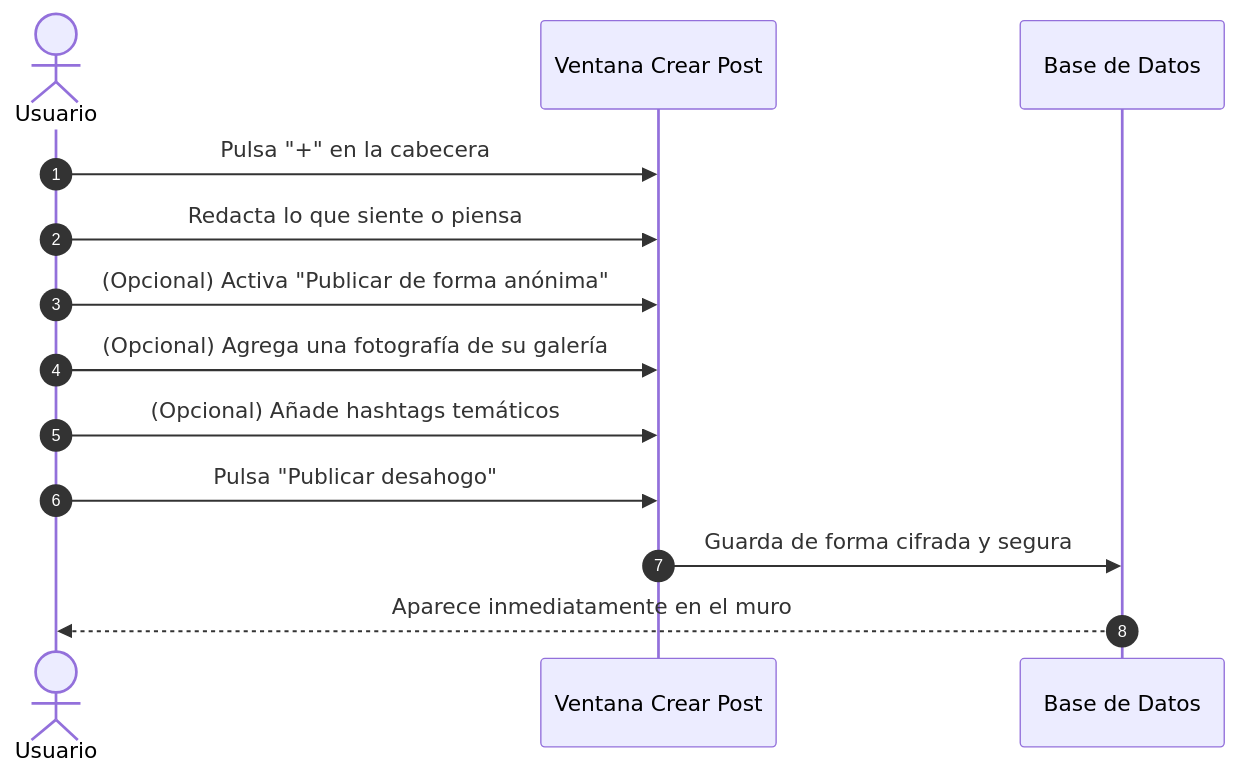
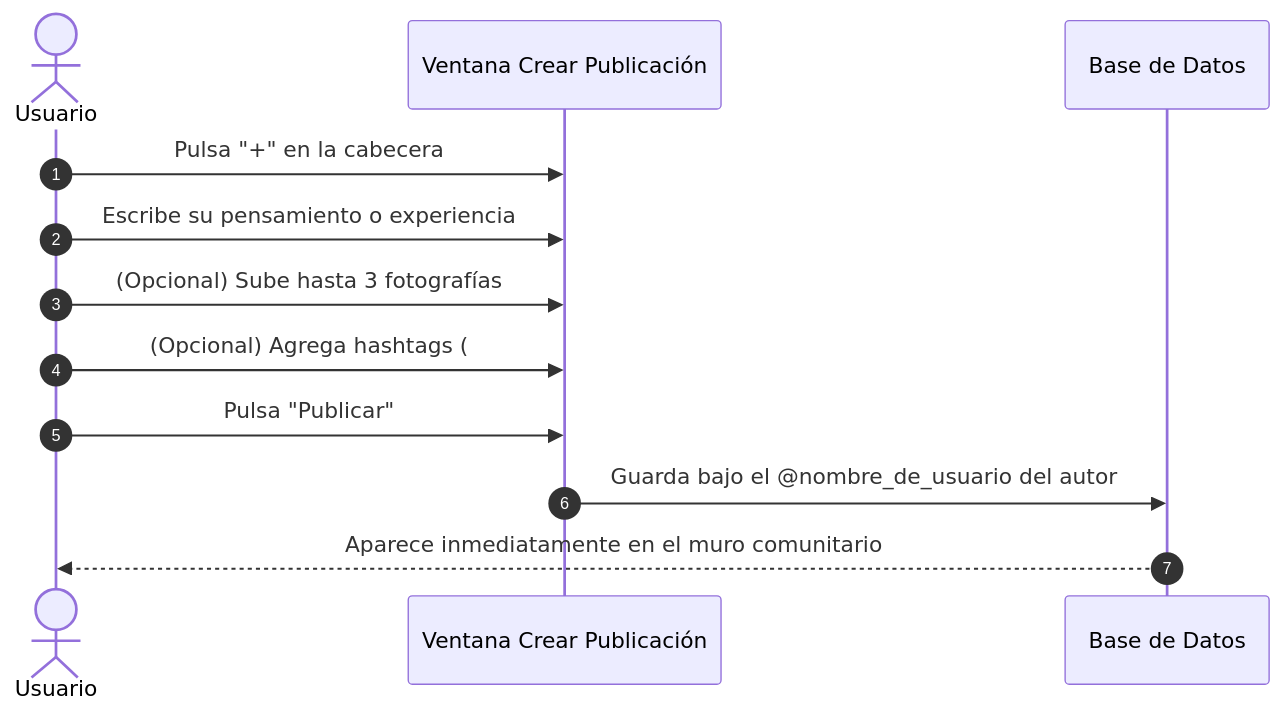
One commit to GuillermoMH10/ENTRE.NOSOTROS.COMUNITY changed the third of 4 diagrams in MANUAL_DE_USUARIO.md. Above: the diagram before and after it, drawn with Mermaid. The commit also changed other lines of this file, not shown here.

````diff
--- a/MANUAL_DE_USUARIO.md
+++ b/MANUAL_DE_USUARIO.md
@@ -188,16 +194,15 @@
 ```mermaid
 sequenceDiagram
     autonumber
     actor Usuario
-    participant Editor as Ventana Crear Post
-    participant Servidor as Base de Datos
+    participant Editor as Ventana Crear Publicación
+    participant DB as Base de Datos
 
     Usuario->>Editor: Pulsa "+" en la cabecera
-    Usuario->>Editor: Redacta lo que siente o piensa
-    Usuario->>Editor: (Opcional) Activa "Publicar de forma anónima"
-    Usuario->>Editor: (Opcional) Agrega una fotografía de su galería
-    Usuario->>Editor: (Opcional) Añade hashtags temáticos
-    Usuario->>Editor: Pulsa "Publicar desahogo"
-    Editor->>Servidor: Guarda de forma cifrada y segura
-    Servidor-->>Usuario: Aparece inmediatamente en el muro
+    Usuario->>Editor: Escribe su pensamiento o experiencia
+    Usuario->>Editor: (Opcional) Sube hasta 3 fotografías
+    Usuario->>Editor: (Opcional) Agrega hashtags (#SaludMental, etc.)
+    Usuario->>Editor: Pulsa "Publicar"
+    Editor->>DB: Guarda bajo el @nombre_de_usuario del autor
+    DB-->>Usuario: Aparece inmediatamente en el muro comunitario
 ```
````
